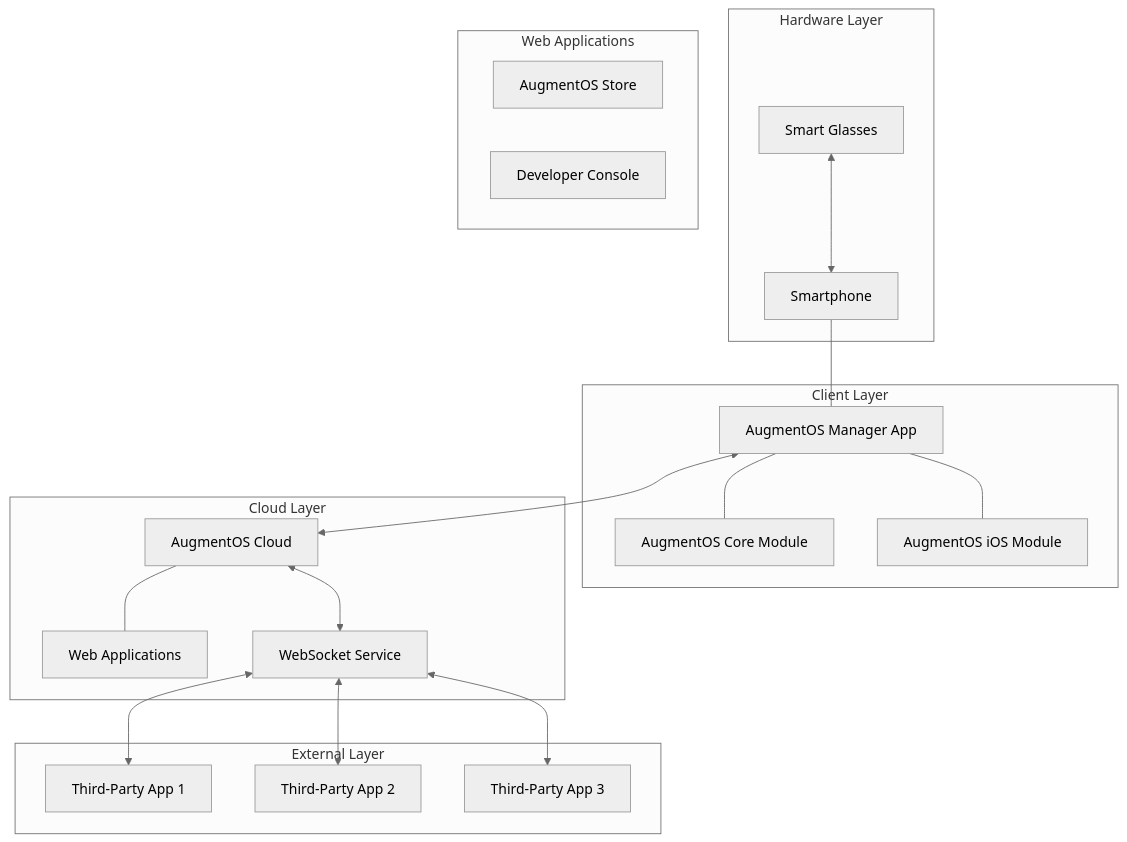
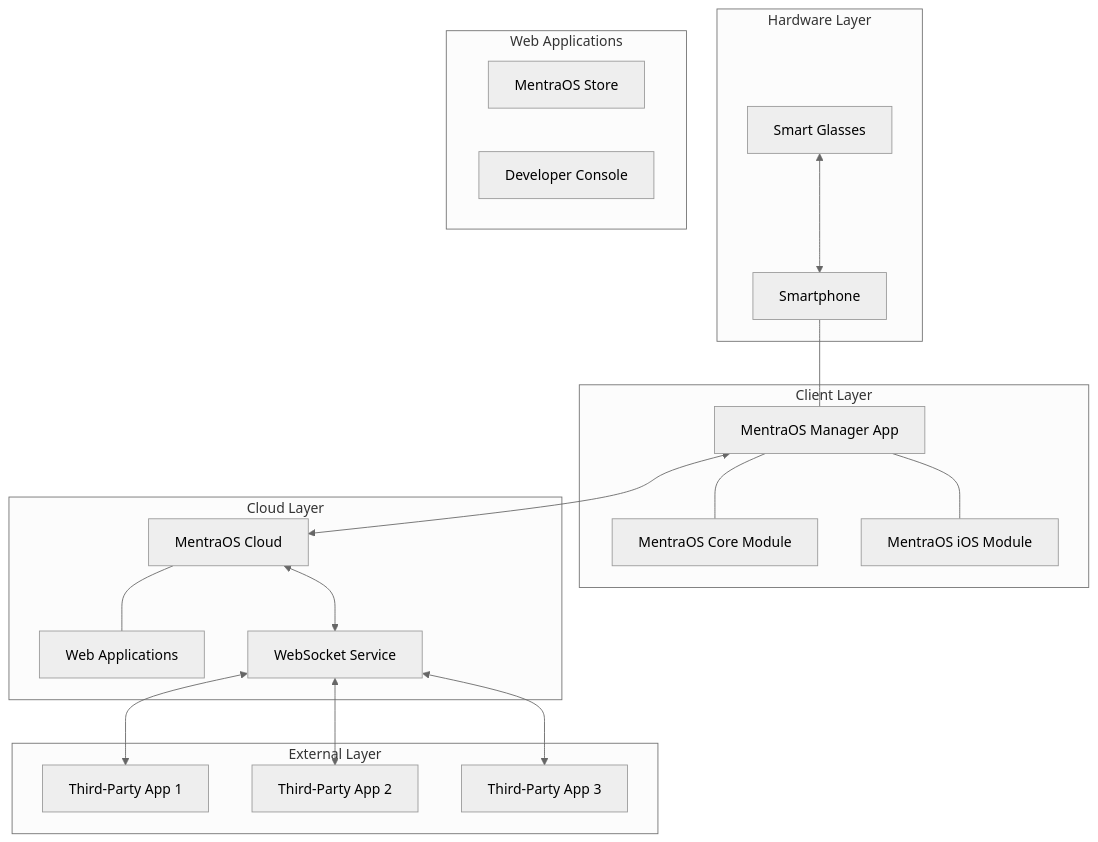
One commit to ebowwa/MentraOS changed the first of 2 diagrams in augmentos_docs/docs/contributing.md. Above: the diagram before and after it, drawn with Mermaid (neutral theme). The commit also changed other lines of this file and 47 other files, not shown here.

````diff
--- a/augmentos_docs/docs/contributing.md
+++ b/augmentos_docs/docs/contributing.md
@@ -17,41 +17,41 @@
 ```mermaid
 graph TD
     subgraph "Hardware Layer"
         SG[Smart Glasses]
         Phone[Smartphone]
     end
     
     subgraph "Client Layer"
-        AOSManager[AugmentOS Manager App]
-        AOSCore[AugmentOS Core Module]
-        AOSiOS[AugmentOS iOS Module]
+        AOSManager[MentraOS Manager App]
+        AOSCore[MentraOS Core Module]
+        AOSiOS[MentraOS iOS Module]
     end
     
     subgraph "Cloud Layer"
-        AOSCloud[AugmentOS Cloud]
+        AOSCloud[MentraOS Cloud]
         WebApps[Web Applications]
         WebSocket[WebSocket Service]
     end
     
     subgraph "Web Applications"
-        AppStore[AugmentOS Store]
+        AppStore[MentraOS Store]
         DevConsole[Developer Console]
     end
     
     subgraph "External Layer"
         TPA1[Third-Party App 1]
         TPA2[Third-Party App 2]
         TPA3[Third-Party App 3]
     end
     
     SG <--> Phone
     Phone --- AOSManager
     AOSManager --- AOSCore
     AOSManager --- AOSiOS
     AOSManager <--> AOSCloud
     AOSCloud --- WebApps
     AOSCloud <--> WebSocket
     WebSocket <--> TPA1
     WebSocket <--> TPA2
     WebSocket <--> TPA3
 ```
````
